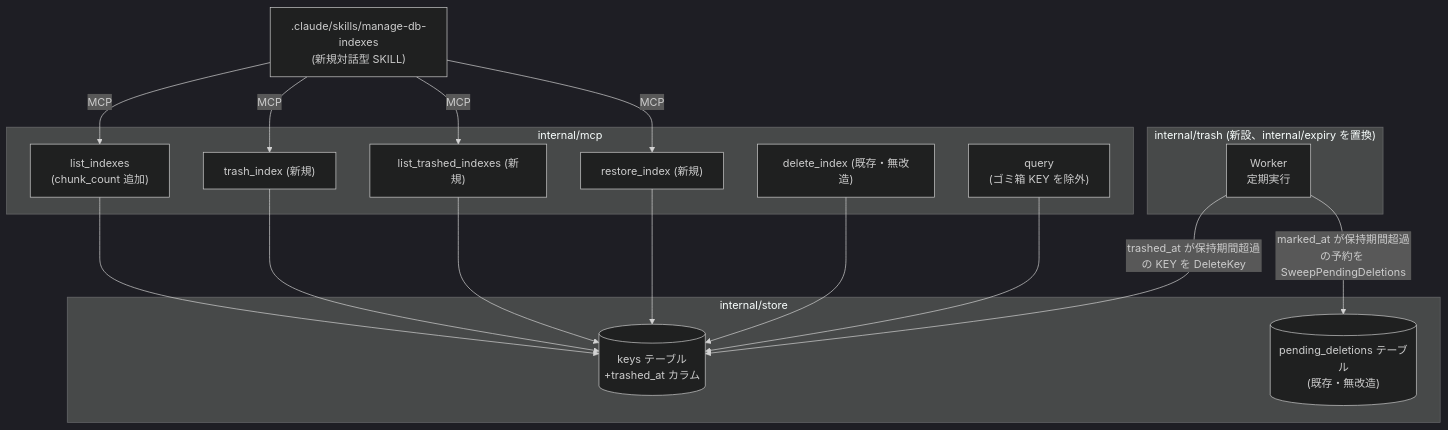
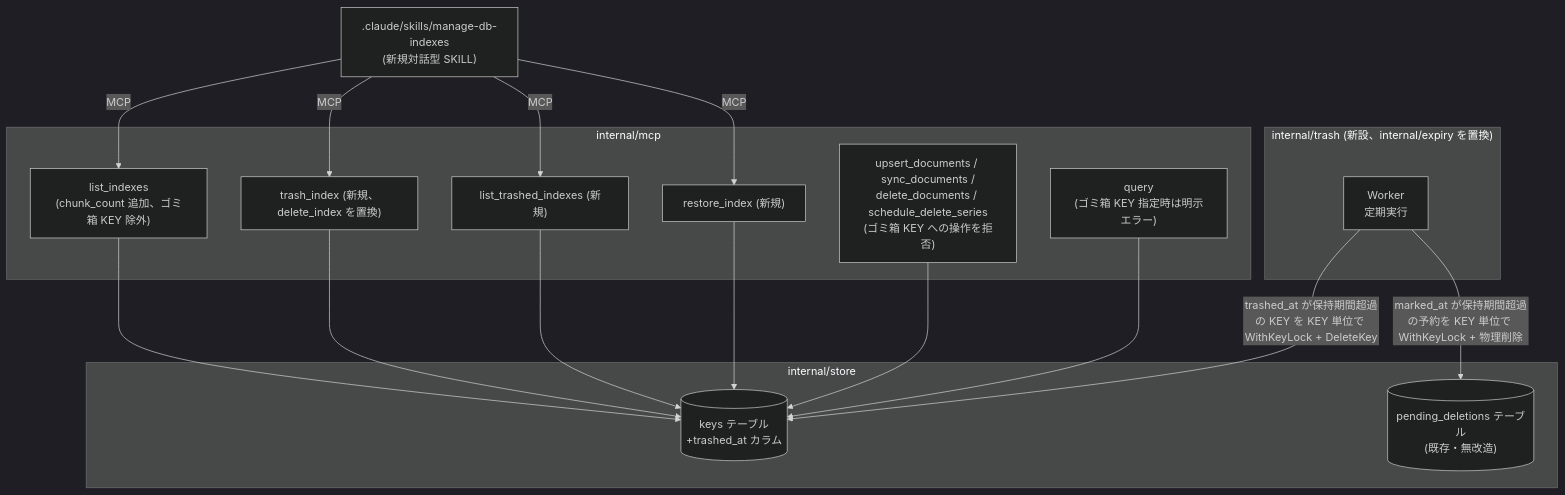
Before and after one commit to BlueEventHorizon/doc-db-mcp-server: the first of 6 diagrams in docs/specs/expiry-visibility/design/DES-003_expiry_visibility_design.md, drawn with Mermaid (dark theme). The commit also changed other lines of this file and 6 other files, not shown here.

````diff
--- a/docs/specs/expiry-visibility/design/DES-003_expiry_visibility_design.md
+++ b/docs/specs/expiry-visibility/design/DES-003_expiry_visibility_design.md
@@ -25,35 +25,35 @@
 ```mermaid
 flowchart TB
     subgraph MCP["internal/mcp"]
-        LI["list_indexes\n(chunk_count 追加)"]
-        TI["trash_index (新規)"]
+        LI["list_indexes\n(chunk_count 追加、ゴミ箱 KEY 除外)"]
+        TI["trash_index (新規、delete_index を置換)"]
         LT["list_trashed_indexes (新規)"]
         RI["restore_index (新規)"]
-        DI["delete_index (既存・無改造)"]
-        Q["query\n(ゴミ箱 KEY を除外)"]
+        UP["upsert_documents / sync_documents /\ndelete_documents / schedule_delete_series\n(ゴミ箱 KEY への操作を拒否)"]
+        Q["query\n(ゴミ箱 KEY 指定時は明示エラー)"]
     end
 
     subgraph Store["internal/store"]
         KeysTable[("keys テーブル\n+trashed_at カラム")]
         PendingTable[("pending_deletions テーブル\n(既存・無改造)")]
     end
 
     subgraph Trash["internal/trash (新設、internal/expiry を置換)"]
         Worker["Worker\n定期実行"]
     end
 
     LI --> KeysTable
     TI --> KeysTable
     LT --> KeysTable
     RI --> KeysTable
-    DI --> KeysTable
+    UP --> KeysTable
     Q --> KeysTable
 
-    Worker -->|"trashed_at が保持期間超過の KEY を DeleteKey"| KeysTable
-    Worker -->|"marked_at が保持期間超過の予約を SweepPendingDeletions"| PendingTable
+    Worker -->|"trashed_at が保持期間超過の KEY を KEY 単位で WithKeyLock + DeleteKey"| KeysTable
+    Worker -->|"marked_at が保持期間超過の予約を KEY 単位で WithKeyLock + 物理削除"| PendingTable
 
     SKILL[".claude/skills/manage-db-indexes\n(新規対話型 SKILL)"] -->|MCP| LI
     SKILL -->|MCP| TI
     SKILL -->|MCP| LT
     SKILL -->|MCP| RI
 ```
````
